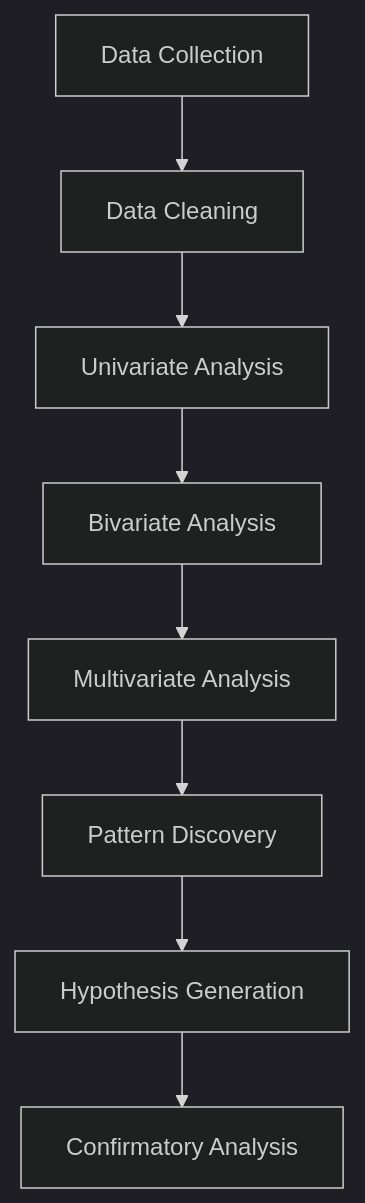
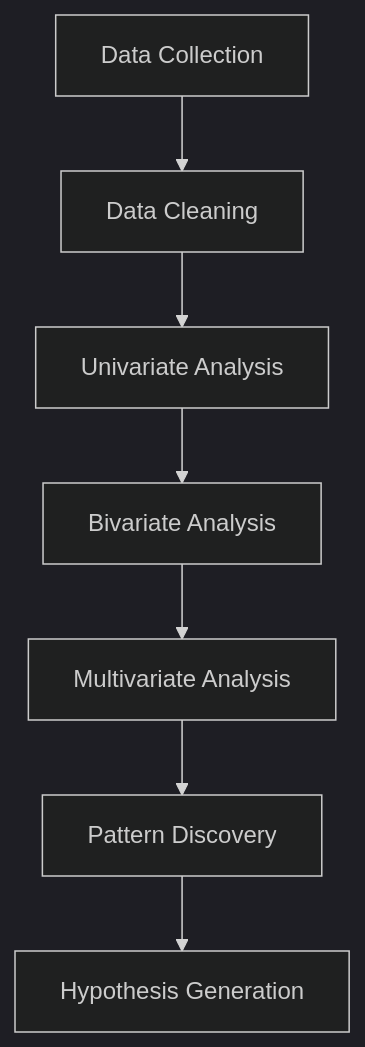
One commit to muhammadsalek/statistics-for-scientists changed the seventh of 11 diagrams in 01-descriptive-statistics.md. Above: the diagram before and after it, drawn with Mermaid (dark theme). The commit also changed other lines of this file, not shown here.

````diff
--- a/01-descriptive-statistics.md
+++ b/01-descriptive-statistics.md
@@ -1445,10 +568,9 @@
 ```mermaid
 flowchart TD
     A[Data Collection] --> B[Data Cleaning]
     B --> C[Univariate Analysis]
     C --> D[Bivariate Analysis]
     D --> E[Multivariate Analysis]
     E --> F[Pattern Discovery]
     F --> G[Hypothesis Generation]
-    G --> H[Confirmatory Analysis]
 ```
````
